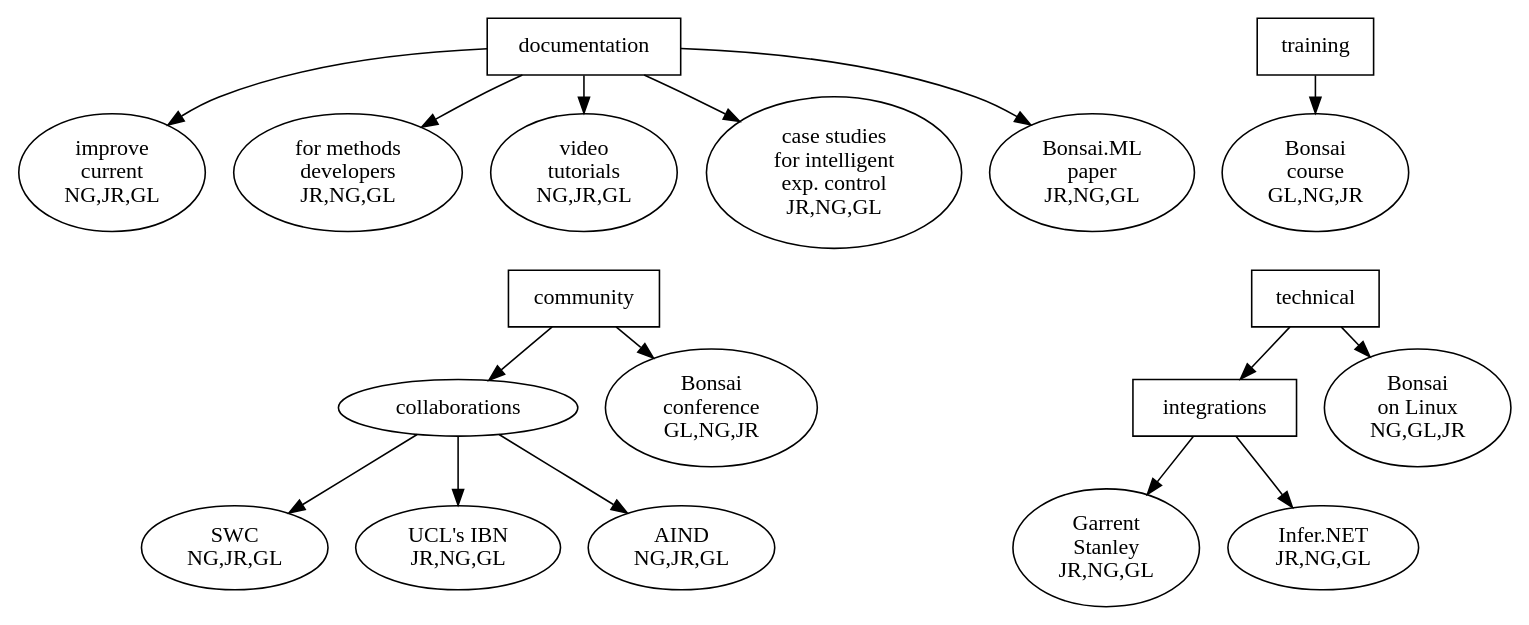
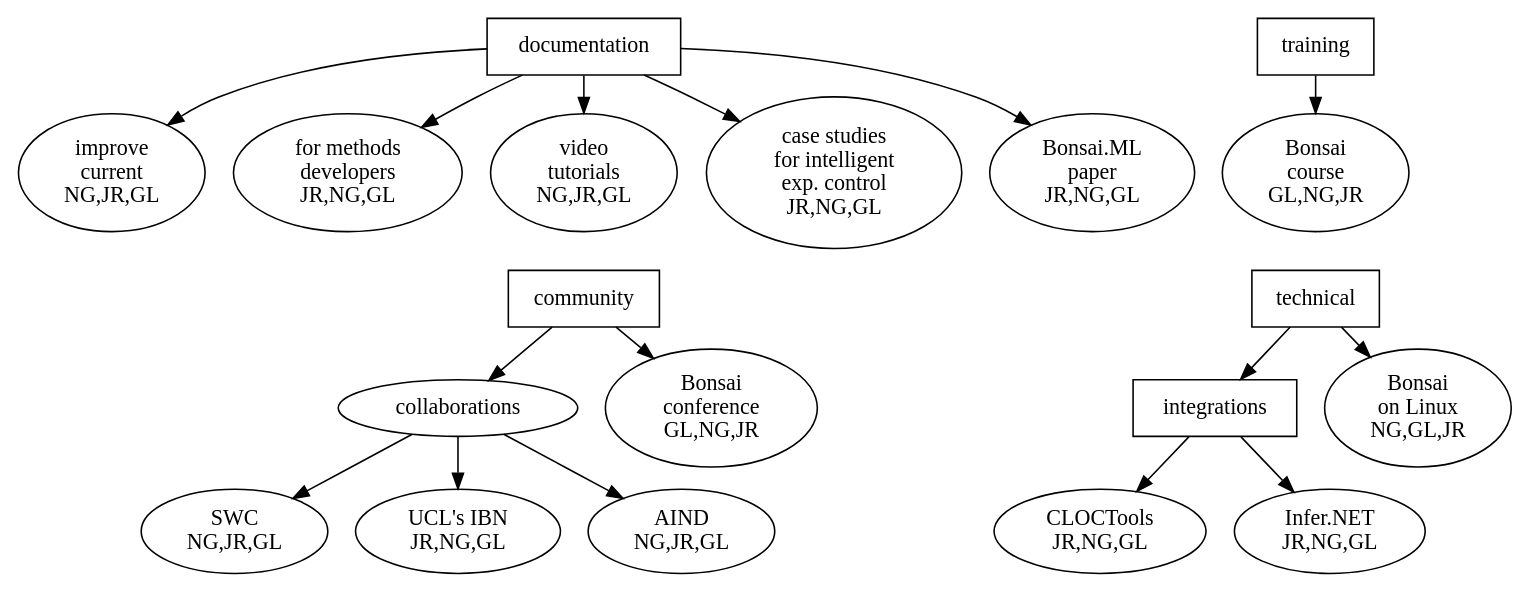
Before and after one commit to joacorapela/rsmf2025: the diagram in application/activitiesGraphs/activities_larger.dot, drawn with Graphviz.

Commit message:
Changed integrations -> GarrentnStanleynJR,NG,GL; to integrations -> CLOCToolsnJR,NG,GL;

```diff
--- a/application/activitiesGraphs/activities_larger.dot
+++ b/application/activitiesGraphs/activities_larger.dot
@@ -1,36 +1,36 @@
 digraph {
   layout=dot;
   ranksep=0.2;
 
   documentation [shape=box];
   documentation -> "improve\ncurrent\nNG,JR,GL";
   documentation -> "for methods\ndevelopers\nJR,NG,GL";
   documentation -> "video\ntutorials\nNG,JR,GL";
   documentation -> "case studies\nfor intelligent\nexp. control\nJR,NG,GL";
   documentation -> "Bonsai.ML\npaper\nJR,NG,GL";
 
   training [shape=box];
   training -> "Bonsai\ncourse\nGL,NG,JR";
 
   "video\ntutorials\nNG,JR,GL" -> community [style=invis];
 
   community [shape=box];
   community -> collaborations;
   community -> "Bonsai\nconference\nGL,NG,JR";
   collaborations -> "SWC\nNG,JR,GL";
   collaborations -> "UCL's IBN\nJR,NG,GL";
   collaborations -> "AIND\nNG,JR,GL";
 
   "Bonsai\ncourse\nGL,NG,JR" -> technical [style=invis];
 
   technical [shape=box];
   technical -> integrations;
   integrations [shape=box];
-  integrations -> "Garrent\nStanley\nJR,NG,GL";
+  integrations -> "CLOCTools\nJR,NG,GL";
   integrations -> "Infer.NET\nJR,NG,GL";
   technical -> "Bonsai\non Linux\nNG,GL,JR";
 
 
   /* { rank=same; documentation training community technical } */
 
 }
```
